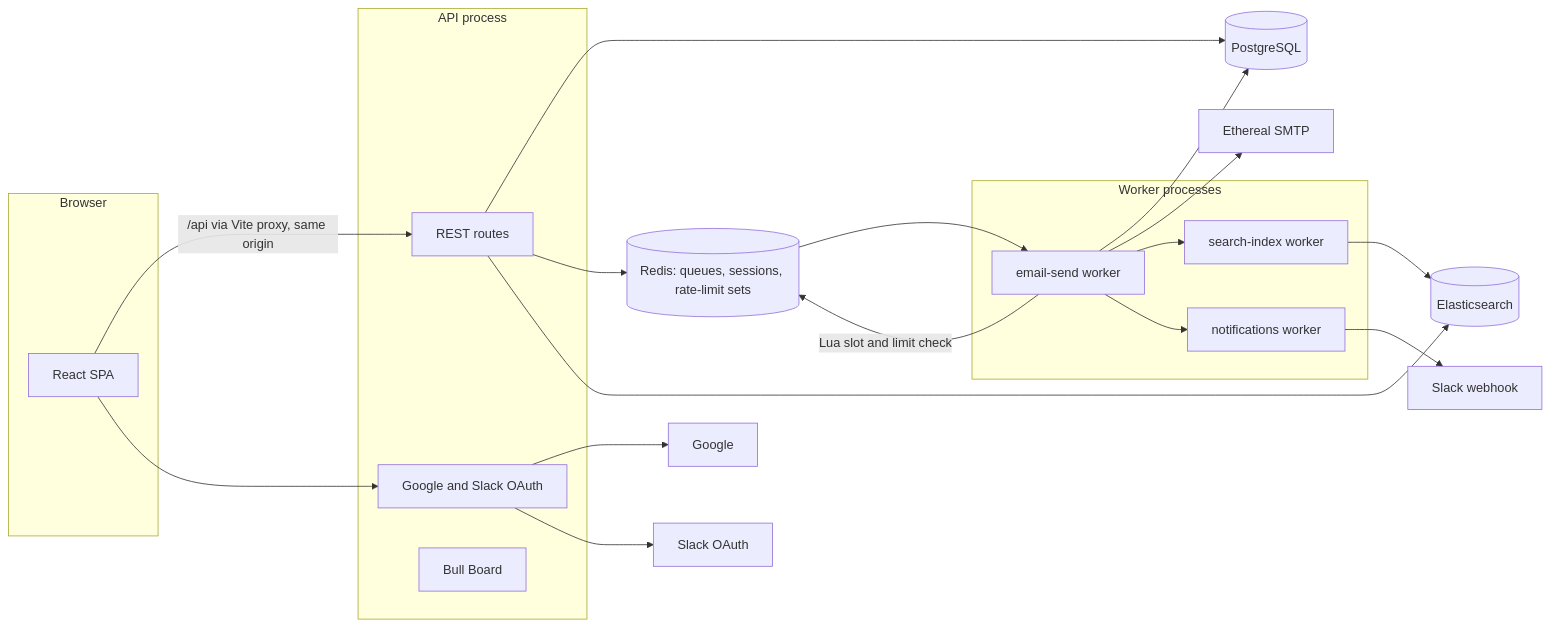
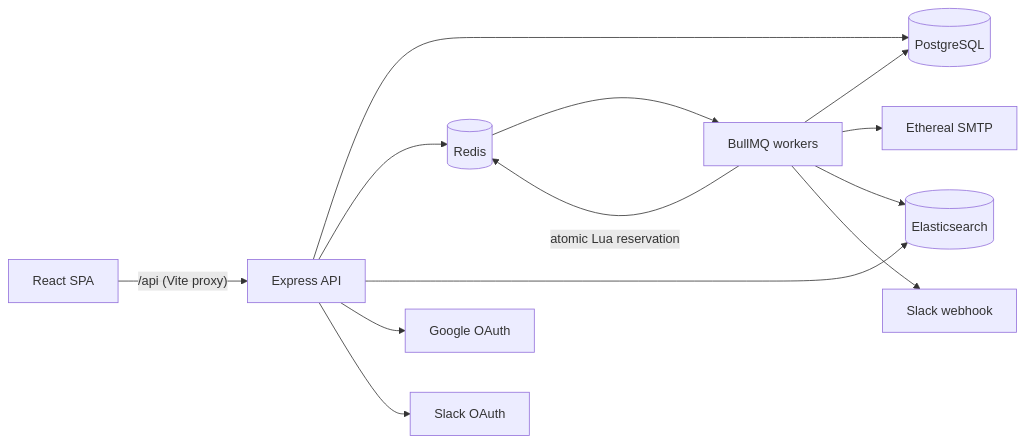
One commit to Shashank-sys-ux/Outbox-project changed the diagram in README.md. Above: the diagram before and after it, drawn with Mermaid. The commit also changed other lines of this file, not shown here.

````diff
--- a/README.md
+++ b/README.md
@@ -41,31 +84,15 @@
 ```mermaid
 flowchart LR
-  subgraph Browser
-    UI[React SPA]
-  end
-  subgraph API[API process]
-    R[REST routes]
-    OA[Google and Slack OAuth]
-    BB[Bull Board]
-  end
-  subgraph Worker[Worker processes]
-    WS[email-send worker]
-    WI[search-index worker]
-    WN[notifications worker]
-  end
-  UI -- "/api via Vite proxy, same origin" --> R
-  UI --> OA
-  R --> PG[(PostgreSQL)]
-  R --> RD[(Redis: queues, sessions, rate-limit sets)]
-  R --> ES[(Elasticsearch)]
-  RD --> WS
-  WS -- Lua slot and limit check --> RD
-  WS --> PG
-  WS --> SMTP[Ethereal SMTP]
-  WS --> WI
-  WS --> WN
-  WI --> ES
-  WN --> SL[Slack webhook]
-  OA --> G[Google]
-  OA --> SLO[Slack OAuth]
+  UI[React SPA] -- "/api (Vite proxy)" --> API[Express API]
+  API --> PG[(PostgreSQL)]
+  API --> RD[(Redis)]
+  API --> ES[(Elasticsearch)]
+  RD --> W[BullMQ workers]
+  W -- atomic Lua reservation --> RD
+  W --> PG
+  W --> SMTP[Ethereal SMTP]
+  W --> ES
+  W --> SL[Slack webhook]
+  API --> G[Google OAuth]
+  API --> SO[Slack OAuth]
 ```
````
